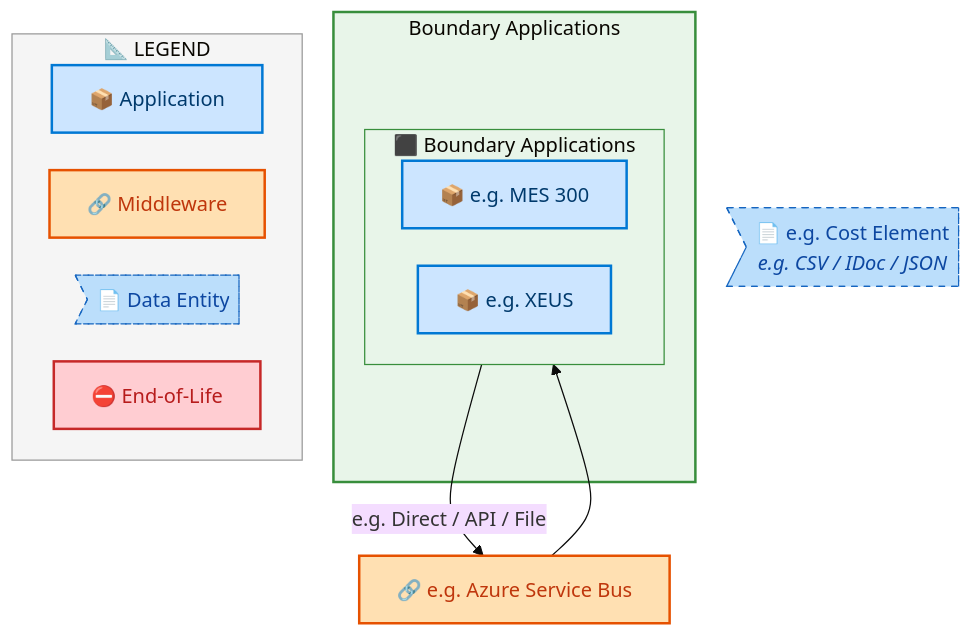
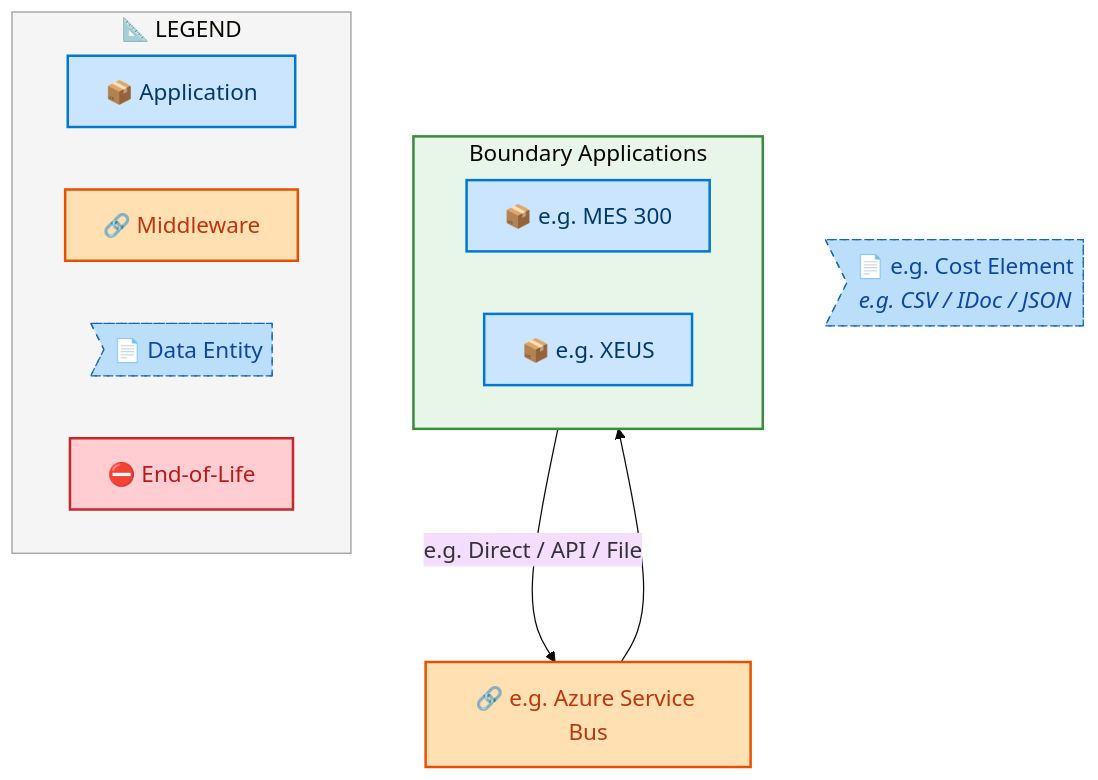
Before and after one commit to sajivfrancis777/IAO-Architecture: the fifth of 7 diagrams in towers/E2E/Procure to Pay/E2E-40/output/docs/systems-architecture/E2E-40-Architecture.md, drawn with Mermaid. The commit also changed other lines of this file and 251 other files, not shown here.

````diff
--- a/towers/E2E/Procure to Pay/E2E-40/output/docs/systems-architecture/E2E-40-Architecture.md
+++ b/towers/E2E/Procure to Pay/E2E-40/output/docs/systems-architecture/E2E-40-Architecture.md
@@ -529,40 +526,37 @@
 ```mermaid
-%%{init: {"theme": "base", "securityLevel": "loose", "themeVariables": {"fontSize": "16px", "fontFamily": "Segoe UI, Arial, sans-serif"}, "flowchart": {"useMaxWidth": false, "htmlLabels": true, "nodeSpacing": 30, "rankSpacing": 35}} }%%
+%%{init: {"theme": "base", "securityLevel": "loose", "themeVariables": {"fontSize": "18px", "fontFamily": "Segoe UI, Arial, sans-serif"}, "flowchart": {"useMaxWidth": false, "htmlLabels": true, "nodeSpacing": 50, "rankSpacing": 60}} }%%
 flowchart TB
     %% -- ArchiMate 3.2 + Azure style classes --
     classDef business      fill:#FFFFB3,stroke:#F9A825,stroke-width:2px,color:#000
     classDef app           fill:#CCE5FF,stroke:#0078D4,stroke-width:2px,color:#003A6C
     classDef data          fill:#BBDEFB,stroke:#1565C0,stroke-width:1px,color:#0D47A1,stroke-dasharray: 5 5
     classDef middleware    fill:#FFE0B2,stroke:#E65100,stroke-width:2px,color:#BF360C
     classDef eol           fill:#FFCDD2,stroke:#C62828,stroke-width:2px,color:#B71C1C
     classDef saas          fill:#E1BEE7,stroke:#7B1FA2,stroke-width:2px,color:#4A148C
     classDef cloud         fill:#BBDEFB,stroke:#1565C0,stroke-width:2px,color:#0D47A1
     classDef onprem        fill:#C8E6C9,stroke:#2E7D32,stroke-width:2px,color:#1B5E20
 
-    subgraph E2E40FT_Boundary_Applications["Boundary Applications"]
-        subgraph E2E40FLN_Boundary_Applications[" ⬛ Boundary Applications"]
-            direction LR
-            E2E40F_e_g_MES_300["📦 e.g. MES 300"]:::app
-            E2E40F_e_g_XEUS["📦 e.g. XEUS"]:::app
-        end
+    subgraph E2E40FLN_Boundary_Applications[" Boundary Applications"]
+        direction LR
+        E2E40F_e_g_MES_300["📦 e.g. MES 300"]:::app
+        E2E40F_e_g_XEUS["📦 e.g. XEUS"]:::app
     end
 
     E2E40FMW_e_g_Azure_Service_Bus["🔗 e.g. Azure Service Bus"]:::middleware
     E2E40FDE_e_g_Cost_Element>"📄 e.g. Cost Element<br/><i>e.g. CSV / IDoc / JSON</i>"]:::data
 
     E2E40F_e_g_MES_300 -->|"e.g. Direct / API / File"| E2E40FMW_e_g_Azure_Service_Bus
     E2E40FMW_e_g_Azure_Service_Bus --> E2E40F_e_g_XEUS
 
 
-    style E2E40FT_Boundary_Applications fill:#E8F5E9,stroke:#388E3C,stroke-width:2px
-    style E2E40FLN_Boundary_Applications fill:#E8F5E9,stroke:#388E3C,stroke-width:1px
+    style E2E40FLN_Boundary_Applications fill:#E8F5E9,stroke:#388E3C,stroke-width:2px
 
     subgraph Legend["📐 LEGEND"]
         direction LR
         L_APP["📦 Application"]:::app
         L_MW["🔗 Middleware"]:::middleware
         L_DE>"📄 Data Entity"]:::data
         L_EOL["⛔ End-of-Life"]:::eol
     end
     style Legend fill:#F5F5F5,stroke:#999,stroke-width:1px
 ```
````
